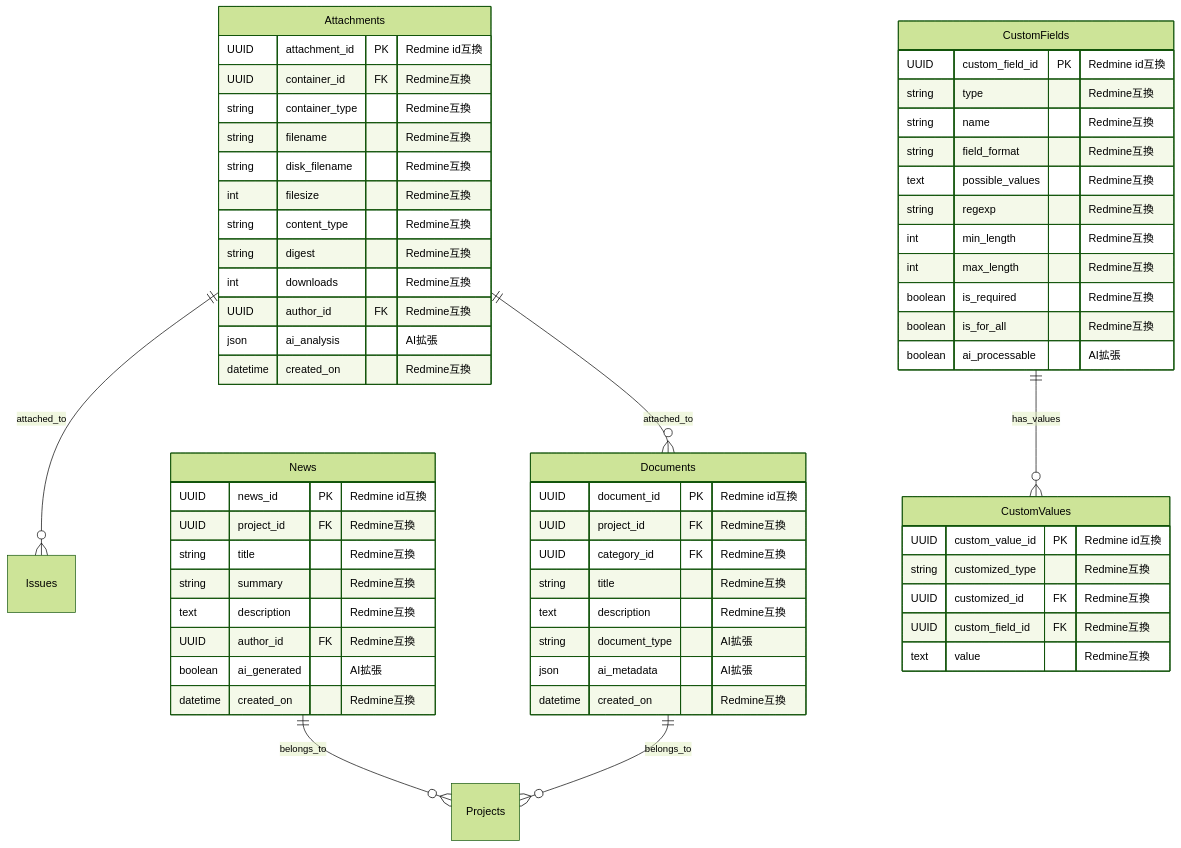
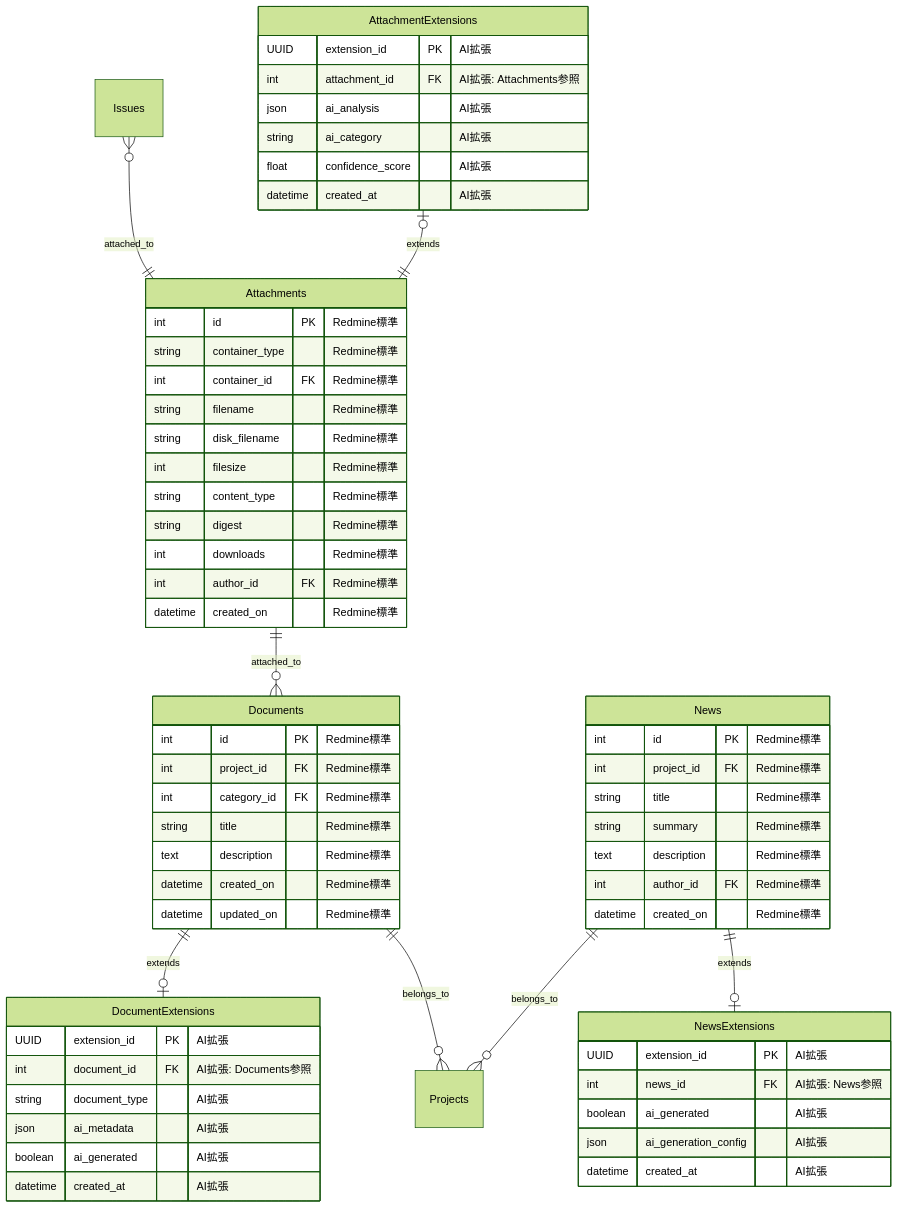
The fourth of 15 diagrams in docs/030000_設計/035000_データ設計/035010_ER図.md (daichiTAAA/AgentOpsPlatform), drawn with Mermaid (forest theme) before and after one commit. The commit also changed other lines of this file, not shown here.

````diff
--- a/docs/030000_設計/035000_データ設計/035010_ER図.md
+++ b/docs/030000_設計/035000_データ設計/035010_ER図.md
@@ -326,67 +326,73 @@
 ```mermaid
 erDiagram
+    %% Redmine標準テーブル（変更なし）
     Attachments {
-        UUID attachment_id PK "Redmine id互換"
-        UUID container_id FK "Redmine互換"
-        string container_type "Redmine互換"
-        string filename "Redmine互換"
-        string disk_filename "Redmine互換"
-        int filesize "Redmine互換"
-        string content_type "Redmine互換"
-        string digest "Redmine互換"
-        int downloads "Redmine互換"
-        UUID author_id FK "Redmine互換"
-        json ai_analysis "AI拡張"
-        datetime created_on "Redmine互換"
+        int id PK "Redmine標準"
+        string container_type "Redmine標準"
+        int container_id FK "Redmine標準"
+        string filename "Redmine標準"
+        string disk_filename "Redmine標準"
+        int filesize "Redmine標準"
+        string content_type "Redmine標準"
+        string digest "Redmine標準"
+        int downloads "Redmine標準"
+        int author_id FK "Redmine標準"
+        datetime created_on "Redmine標準"
     }
     
     Documents {
-        UUID document_id PK "Redmine id互換"
-        UUID project_id FK "Redmine互換"
-        UUID category_id FK "Redmine互換"
-        string title "Redmine互換"
-        text description "Redmine互換"
-        string document_type "AI拡張"
-        json ai_metadata "AI拡張"
-        datetime created_on "Redmine互換"
+        int id PK "Redmine標準"
+        int project_id FK "Redmine標準"
+        int category_id FK "Redmine標準"
+        string title "Redmine標準"
+        text description "Redmine標準"
+        datetime created_on "Redmine標準"
+        datetime updated_on "Redmine標準"
     }
     
     News {
-        UUID news_id PK "Redmine id互換"
-        UUID project_id FK "Redmine互換"
-        string title "Redmine互換"
-        string summary "Redmine互換"
-        text description "Redmine互換"
-        UUID author_id FK "Redmine互換"
-        boolean ai_generated "AI拡張"
-        datetime created_on "Redmine互換"
+        int id PK "Redmine標準"
+        int project_id FK "Redmine標準"
+        string title "Redmine標準"
+        string summary "Redmine標準"
+        text description "Redmine標準"
+        int author_id FK "Redmine標準"
+        datetime created_on "Redmine標準"
     }
     
-    CustomFields {
-        UUID custom_field_id PK "Redmine id互換"
-        string type "Redmine互換"
-        string name "Redmine互換"
-        string field_format "Redmine互換"
-        text possible_values "Redmine互換"
-        string regexp "Redmine互換"
-        int min_length "Redmine互換"
-        int max_length "Redmine互換"
-        boolean is_required "Redmine互換"
-        boolean is_for_all "Redmine互換"
-        boolean ai_processable "AI拡張"
+    %% AI拡張テーブル（新規追加）
+    AttachmentExtensions {
+        UUID extension_id PK "AI拡張"
+        int attachment_id FK "AI拡張: Attachments参照"
+        json ai_analysis "AI拡張"
+        string ai_category "AI拡張"
+        float confidence_score "AI拡張"
+        datetime created_at "AI拡張"
     }
     
-    CustomValues {
-        UUID custom_value_id PK "Redmine id互換"
-        string customized_type "Redmine互換"
-        UUID customized_id FK "Redmine互換"
-        UUID custom_field_id FK "Redmine互換"
-        text value "Redmine互換"
+    DocumentExtensions {
+        UUID extension_id PK "AI拡張"
+        int document_id FK "AI拡張: Documents参照"
+        string document_type "AI拡張"
+        json ai_metadata "AI拡張"
+        boolean ai_generated "AI拡張"
+        datetime created_at "AI拡張"
     }
     
-    Attachments ||--o{ Issues : attached_to
+    NewsExtensions {
+        UUID extension_id PK "AI拡張"
+        int news_id FK "AI拡張: News参照"
+        boolean ai_generated "AI拡張"
+        json ai_generation_config "AI拡張"
+        datetime created_at "AI拡張"
+    }
+    
+    %% 関係性
+    Issues }o--|| Attachments : attached_to
+    AttachmentExtensions |o--|| Attachments : extends
+    Documents ||--o| DocumentExtensions : extends
+    News ||--o| NewsExtensions : extends
     Attachments ||--o{ Documents : attached_to
     Documents ||--o{ Projects : belongs_to
     News ||--o{ Projects : belongs_to
-    CustomFields ||--o{ CustomValues : has_values
 ```
````
